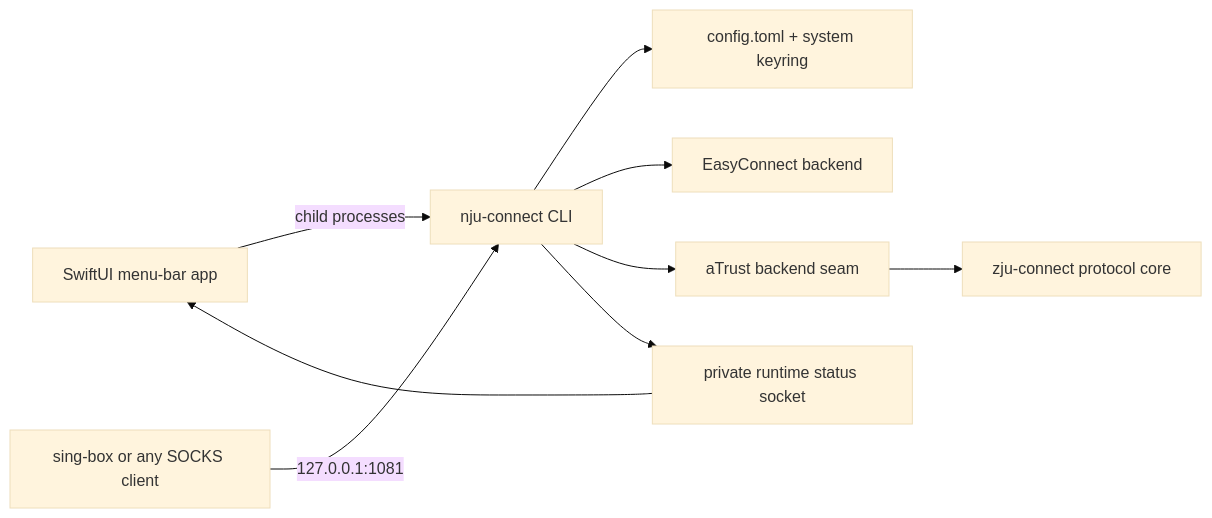
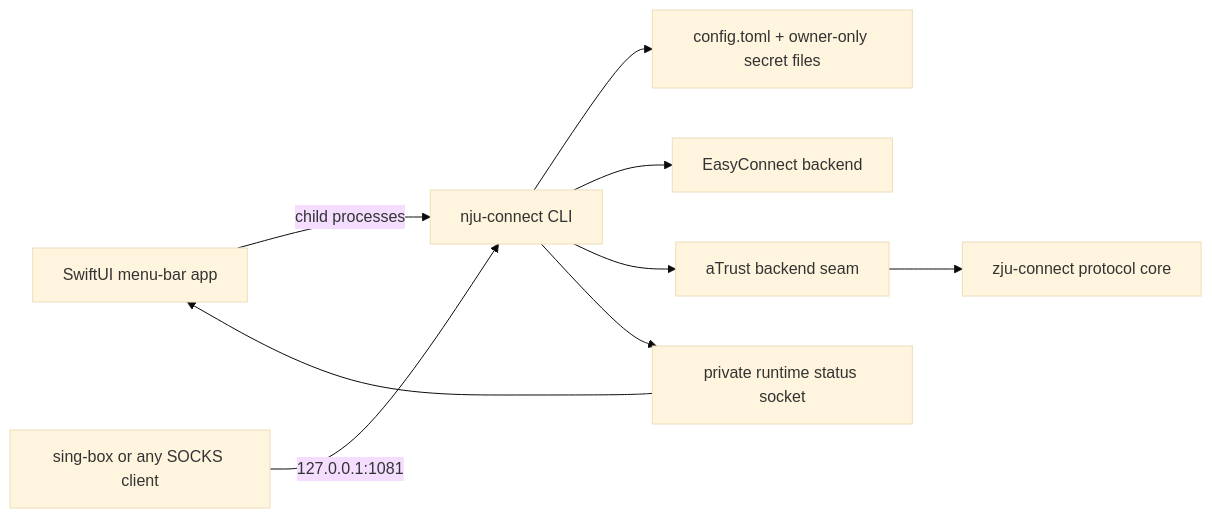
One commit to soundadam/nju-connect changed the first of 2 diagrams in docs/architecture.md. Above: the diagram before and after it, drawn with Mermaid (base theme). The commit also changed other lines of this file and 59 other files, not shown here.

````diff
--- a/docs/architecture.md
+++ b/docs/architecture.md
@@ -14,20 +14,20 @@
 ```mermaid
 flowchart LR
     UI[SwiftUI menu-bar app]
     CLI[nju-connect CLI]
-    CONFIG[config.toml + system keyring]
+    CONFIG[config.toml + owner-only secret files]
     STATUS[private runtime status socket]
     EASY[EasyConnect backend]
     ATRUST[aTrust backend seam]
     CORE[zju-connect protocol core]
     SBOX[sing-box or any SOCKS client]
 
     UI -->|child processes| CLI
     CLI --> CONFIG
     CLI --> EASY
     CLI --> ATRUST
     ATRUST --> CORE
     CLI --> STATUS
     STATUS --> UI
     SBOX -->|127.0.0.1:1081| CLI
 ```
````
